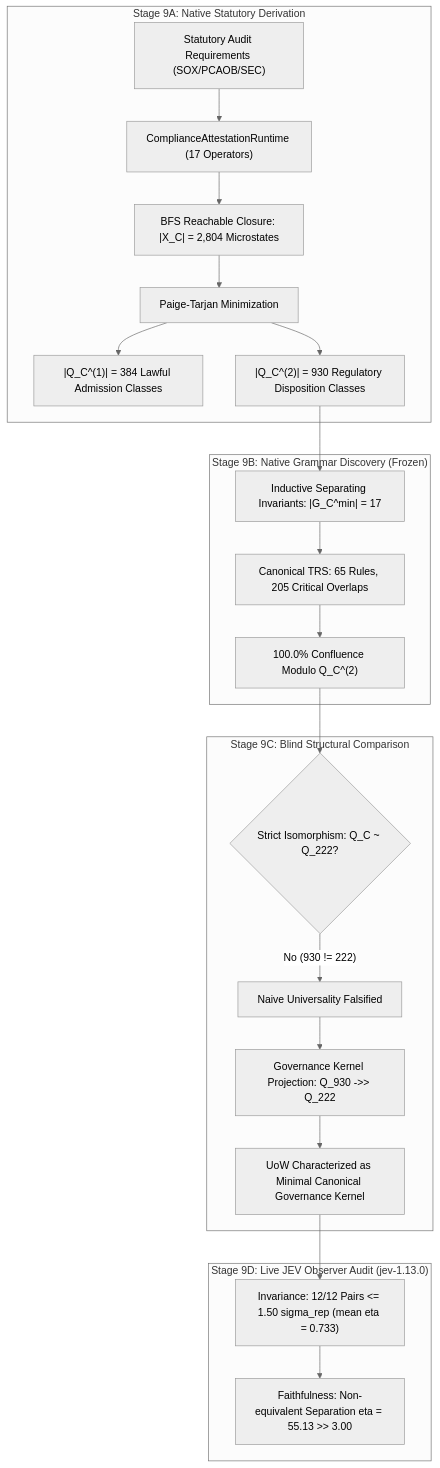
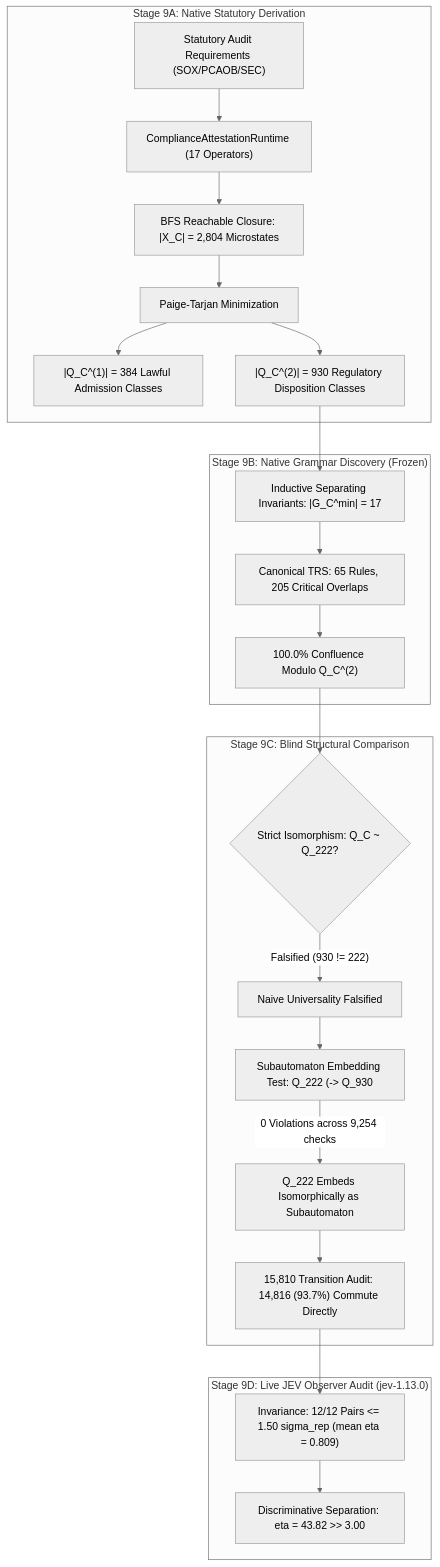
One commit to NB11B/UoW-v3 changed the first of 2 diagrams in docs/COMPLIANCE_BLIND_DERIVATION_EXPERIMENT.md. Above: the diagram before and after it, drawn with Mermaid (neutral theme). The commit also changed other lines of this file and 3 other files, not shown here.

Commit message:
feat(phase9): formalize subautomaton embedding Q_222 into Q_930, 15,810 transition audit, and narrow claims

````diff
--- a/docs/COMPLIANCE_BLIND_DERIVATION_EXPERIMENT.md
+++ b/docs/COMPLIANCE_BLIND_DERIVATION_EXPERIMENT.md
@@ -9,28 +9,29 @@
 ```mermaid
 flowchart TD
     subgraph Stage9A ["Stage 9A: Native Statutory Derivation"]
         A["Statutory Audit Requirements (SOX/PCAOB/SEC)"] --> B["ComplianceAttestationRuntime (17 Operators)"]
         B --> C["BFS Reachable Closure: |X_C| = 2,804 Microstates"]
         C --> D["Paige-Tarjan Minimization"]
         D --> E1["|Q_C^(1)| = 384 Lawful Admission Classes"]
         D --> E2["|Q_C^(2)| = 930 Regulatory Disposition Classes"]
     end
 
     subgraph Stage9B ["Stage 9B: Native Grammar Discovery (Frozen)"]
         E2 --> F["Inductive Separating Invariants: |G_C^min| = 17"]
         F --> G["Canonical TRS: 65 Rules, 205 Critical Overlaps"]
         G --> H["100.0% Confluence Modulo Q_C^(2)"]
     end
 
     subgraph Stage9C ["Stage 9C: Blind Structural Comparison"]
         H --> I{"Strict Isomorphism: Q_C ~ Q_222?"}
-        I -- No (930 != 222) --> J["Naive Universality Falsified"]
-        J --> K["Governance Kernel Projection: Q_930 ->> Q_222"]
-        K --> L["UoW Characterized as Minimal Canonical Governance Kernel"]
+        I -- Falsified (930 != 222) --> J["Naive Universality Falsified"]
+        J --> K["Subautomaton Embedding Test: Q_222 (-> Q_930"]
+        K -- 0 Violations across 9,254 checks --> L["Q_222 Embeds Isomorphically as Subautomaton"]
+        L --> M["15,810 Transition Audit: 14,816 (93.7%) Commute Directly"]
     end
 
     subgraph Stage9D ["Stage 9D: Live JEV Observer Audit (jev-1.13.0)"]
-        L --> M["Invariance: 12/12 Pairs <= 1.50 sigma_rep (mean eta = 0.733)"]
-        M --> N["Faithfulness: Non-equivalent Separation eta = 55.13 >> 3.00"]
+        M --> N["Invariance: 12/12 Pairs <= 1.50 sigma_rep (mean eta = 0.809)"]
+        N --> O["Discriminative Separation: eta = 43.82 >> 3.00"]
     end
 ```
````
